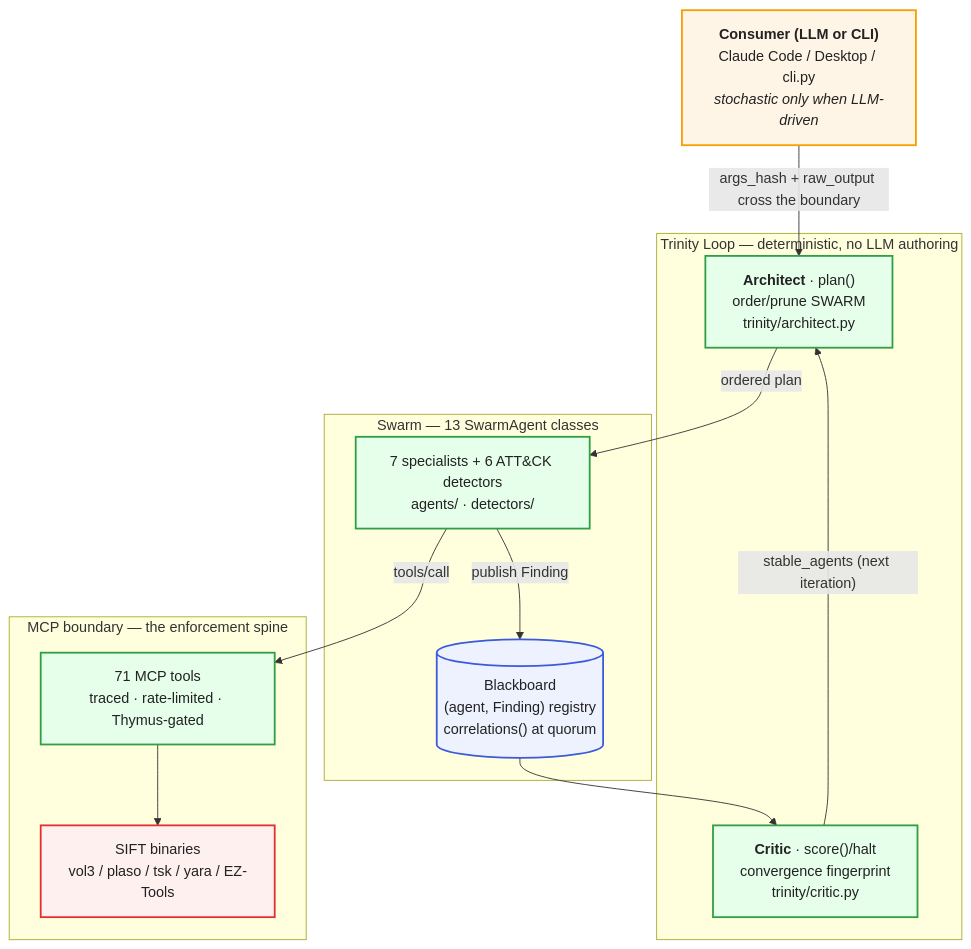
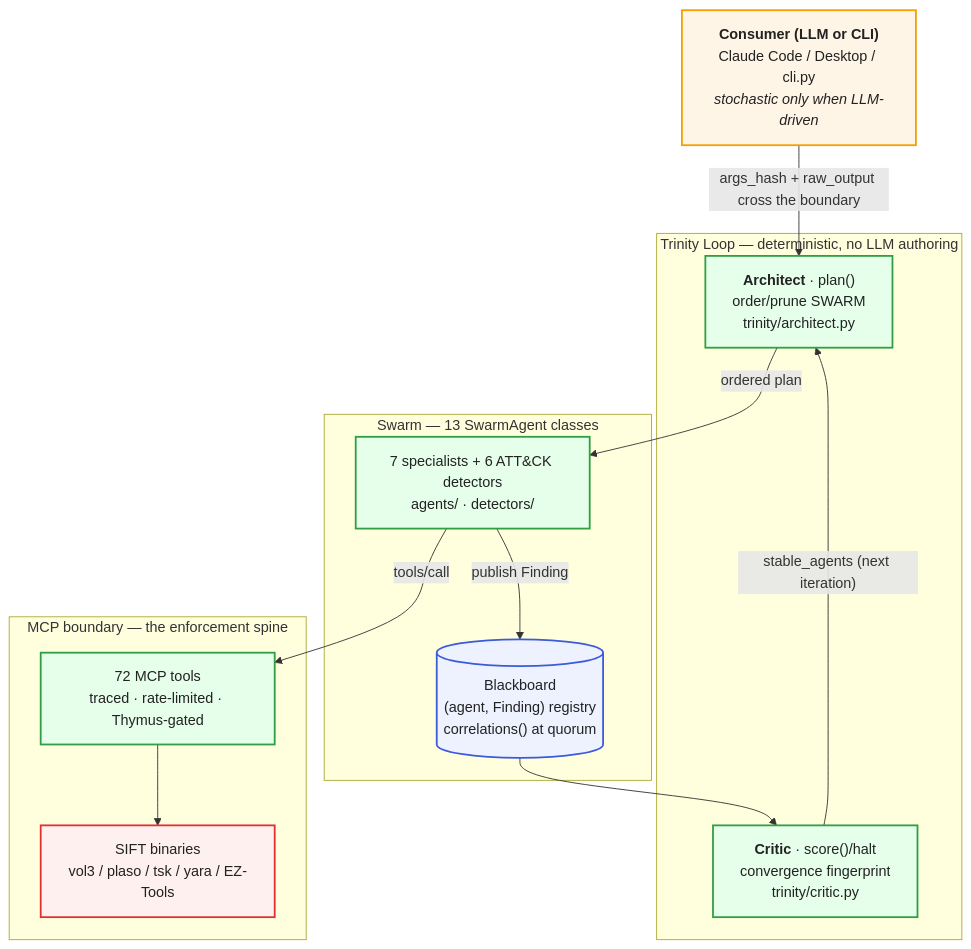
One commit to galvangabriel-web/agentropix-mcp changed the first of 2 diagrams in README.md. Above: the diagram before and after it, drawn with Mermaid. The commit also changed other lines of this file and 64 other files, not shown here.

````diff
--- a/README.md
+++ b/README.md
@@ -195,32 +195,32 @@
 ```mermaid
 flowchart TB
     classDef stoch fill:#fff5e6,stroke:#f59f00,color:#222,stroke-width:2px
     classDef det fill:#e6ffea,stroke:#2f9e44,color:#222,stroke-width:2px
     classDef anchor fill:#eef2ff,stroke:#3b5bdb,color:#222,stroke-width:2px
     classDef leak fill:#fff0f0,stroke:#e03131,color:#222,stroke-width:2px
 
     LLM["<b>Consumer (LLM or CLI)</b><br/>Claude Code / Desktop / cli.py<br/><i>stochastic only when LLM-driven</i>"]:::stoch
 
     subgraph TR["Trinity Loop — deterministic, no LLM authoring"]
         ARCH["<b>Architect</b> · plan()<br/>order/prune SWARM<br/>trinity/architect.py"]:::det
         CRIT["<b>Critic</b> · score()/halt<br/>convergence fingerprint<br/>trinity/critic.py"]:::det
     end
 
     subgraph SW["Swarm — 13 SwarmAgent classes"]
         AGENTS["7 specialists + 6 ATT&CK detectors<br/>agents/ · detectors/"]:::det
         BB[("Blackboard<br/>(agent, Finding) registry<br/>correlations() at quorum")]:::anchor
     end
 
     subgraph MCP["MCP boundary — the enforcement spine"]
-        TOOLS["71 MCP tools<br/>traced · rate-limited · Thymus-gated"]:::det
+        TOOLS["72 MCP tools<br/>traced · rate-limited · Thymus-gated"]:::det
         BIN["SIFT binaries<br/>vol3 / plaso / tsk / yara / EZ-Tools"]:::leak
     end
 
     LLM -- "args_hash + raw_output cross the boundary" --> ARCH
     ARCH -- "ordered plan" --> AGENTS
     AGENTS -- "publish Finding" --> BB
     AGENTS -- "tools/call" --> TOOLS
     TOOLS --> BIN
     BB --> CRIT
     CRIT -- "stable_agents (next iteration)" --> ARCH
 ```
````
